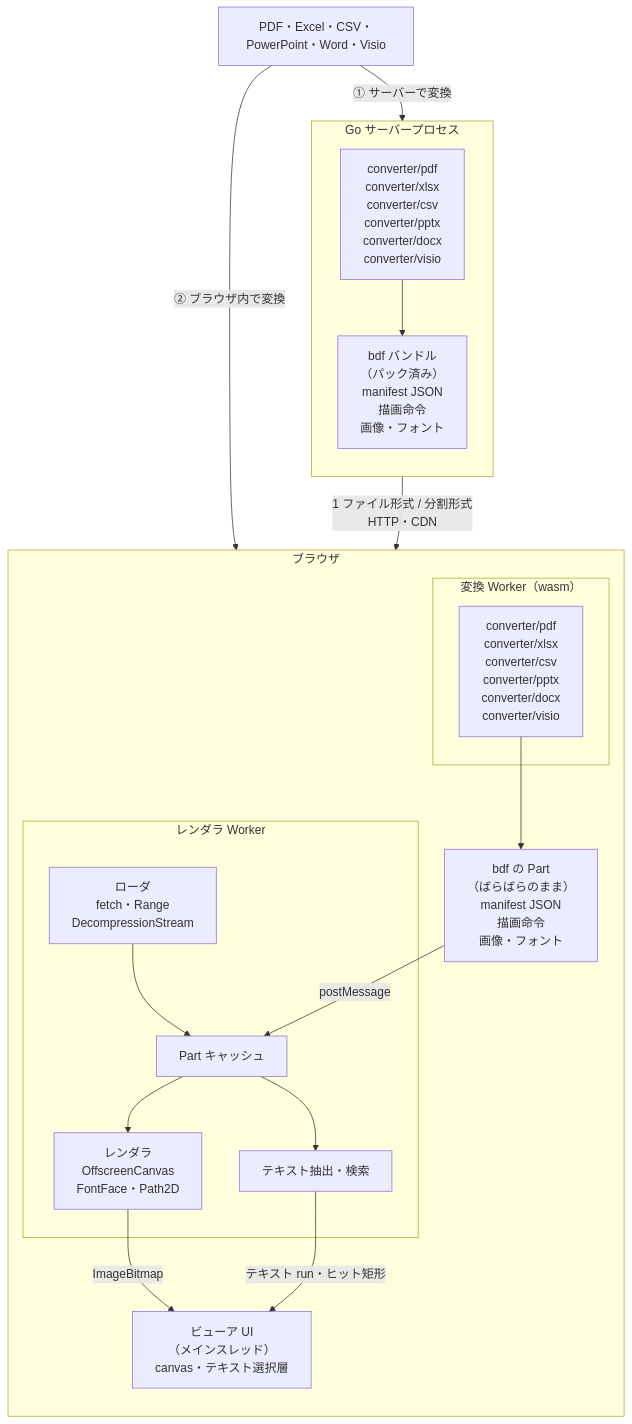
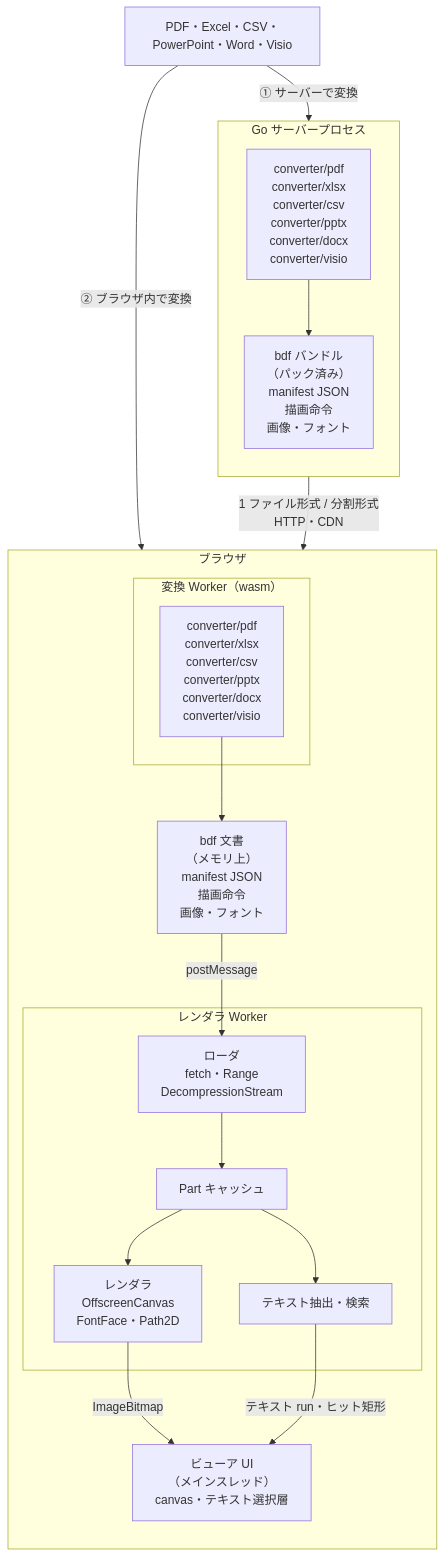
The diagram in README.ja.md (shibukawa/bdf), drawn with Mermaid before and after one commit. The commit also changed other lines of this file and 38 other files, not shown here.

````diff
--- a/README.ja.md
+++ b/README.ja.md
@@ -11,37 +13,37 @@
 ```mermaid
 flowchart TB
     SRC["PDF・Excel・CSV・PowerPoint・Word・Visio"]
 
     subgraph SERVER["Go サーバープロセス"]
         direction TB
         SCONV["converter/pdf<br/>converter/xlsx<br/>converter/csv<br/>converter/pptx<br/>converter/docx<br/>converter/visio"]
         BUNDLE["bdf バンドル<br/>（パック済み）<br/>manifest JSON<br/>描画命令<br/>画像・フォント"]
         SCONV --> BUNDLE
     end
 
     subgraph BROWSER["ブラウザ"]
         direction TB
         subgraph CWORKER["変換 Worker（wasm）"]
             WCONV["converter/pdf<br/>converter/xlsx<br/>converter/csv<br/>converter/pptx<br/>converter/docx<br/>converter/visio"]
         end
-        PARTS["bdf の Part<br/>（ばらばらのまま）<br/>manifest JSON<br/>描画命令<br/>画像・フォント"]
+        PARTS["bdf 文書<br/>（メモリ上）<br/>manifest JSON<br/>描画命令<br/>画像・フォント"]
         subgraph RWORKER["レンダラ Worker"]
             LOADER["ローダ<br/>fetch・Range<br/>DecompressionStream"]
             STORE["Part キャッシュ"]
             RENDER["レンダラ<br/>OffscreenCanvas<br/>FontFace・Path2D"]
             TEXT["テキスト抽出・検索"]
             LOADER --> STORE
             STORE --> RENDER
             STORE --> TEXT
         end
         UI["ビューア UI<br/>（メインスレッド）<br/>canvas・テキスト選択層"]
         WCONV --> PARTS
     end
 
     SRC -- "① サーバーで変換" --> SCONV
     SRC -- "② ブラウザ内で変換" --> WCONV
     BUNDLE -- "1 ファイル形式 / 分割形式<br/>HTTP・CDN" --> LOADER
-    PARTS -- "postMessage" --> STORE
+    PARTS -- "postMessage" --> LOADER
     RENDER -- "ImageBitmap" --> UI
     TEXT -- "テキスト run・ヒット矩形" --> UI
 ```
````
